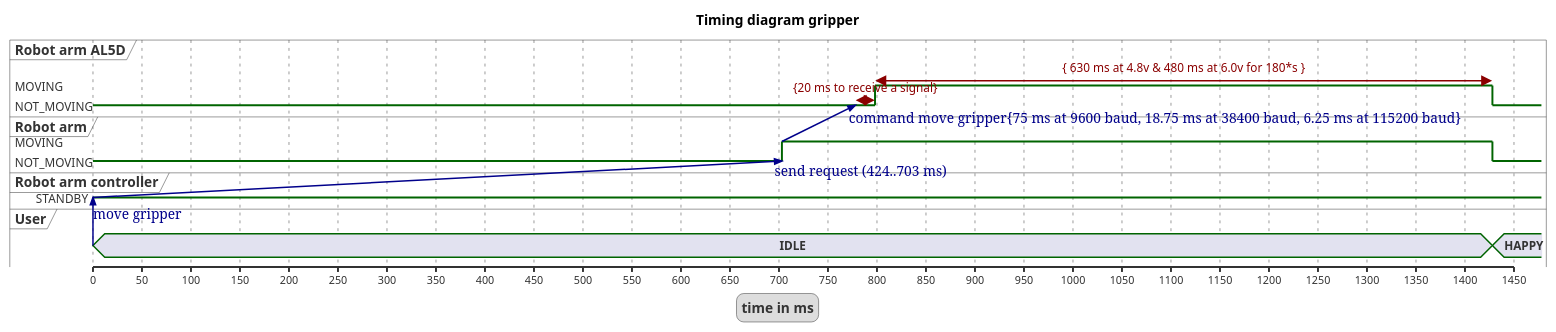
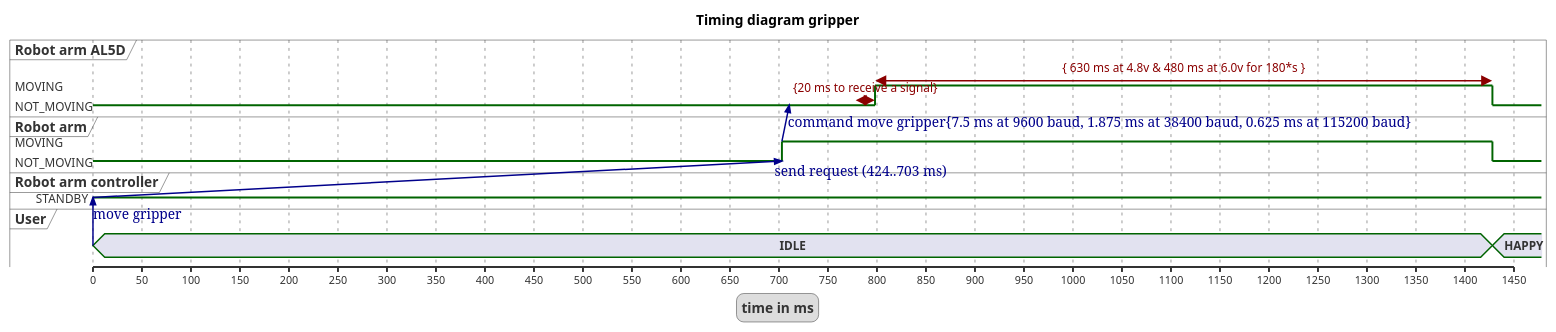
One commit to muisje/robot_arm_aansturing changed the diagram in diagrams/timingGripper.plantuml. Above: the diagram before and after it, drawn with PlantUML.

Commit message:
correction timing diagram serial time

```diff
--- a/diagrams/timingGripper.plantuml
+++ b/diagrams/timingGripper.plantuml
@@ -1,47 +1,46 @@
 @startuml timing diagram gripper
 Title Timing diagram gripper
 robust "Robot arm AL5D" as AL5D
 robust "Robot arm" as System
 robust "Robot arm controller" as Controller
 concise "User" as User
 scale 50 as 50 pixels
 
 legend
 time in ms
 end legend
 
 @0
 AL5D is NOT_MOVING
 System is NOT_MOVING
 Controller is STANDBY
 User is IDLE
 
 @0
 User -> Controller : move gripper
 User is WAITING
 
 @+0
 Controller -> System@+703 : send request (424..703 ms)
 
 @+703
 System is MOVING
 
 @+0
-System -> AL5D@+75 : command move gripper{75 ms at 9600 baud, 18.75 ms at 38400 baud, 6.25 ms at 115200 baud}
+System -> AL5D@+7.5 : command move gripper{7.5 ms at 9600 baud, 1.875 ms at 38400 baud, 0.625 ms at 115200 baud}
 
 @+75
 AL5D@+0 <-> @+20 : {20 ms to receive a signal}
 
 @+20
 AL5D IS MOVING
 AL5D@+0 <-> @+630 : { 630 ms at 4.8v & 480 ms at 6.0v for 180*s }
 
 @+630
 AL5D IS NOT_MOVING
 System IS NOT_MOVING
 
 @+0
 User is HAPPY
 
-
 @enduml
```
